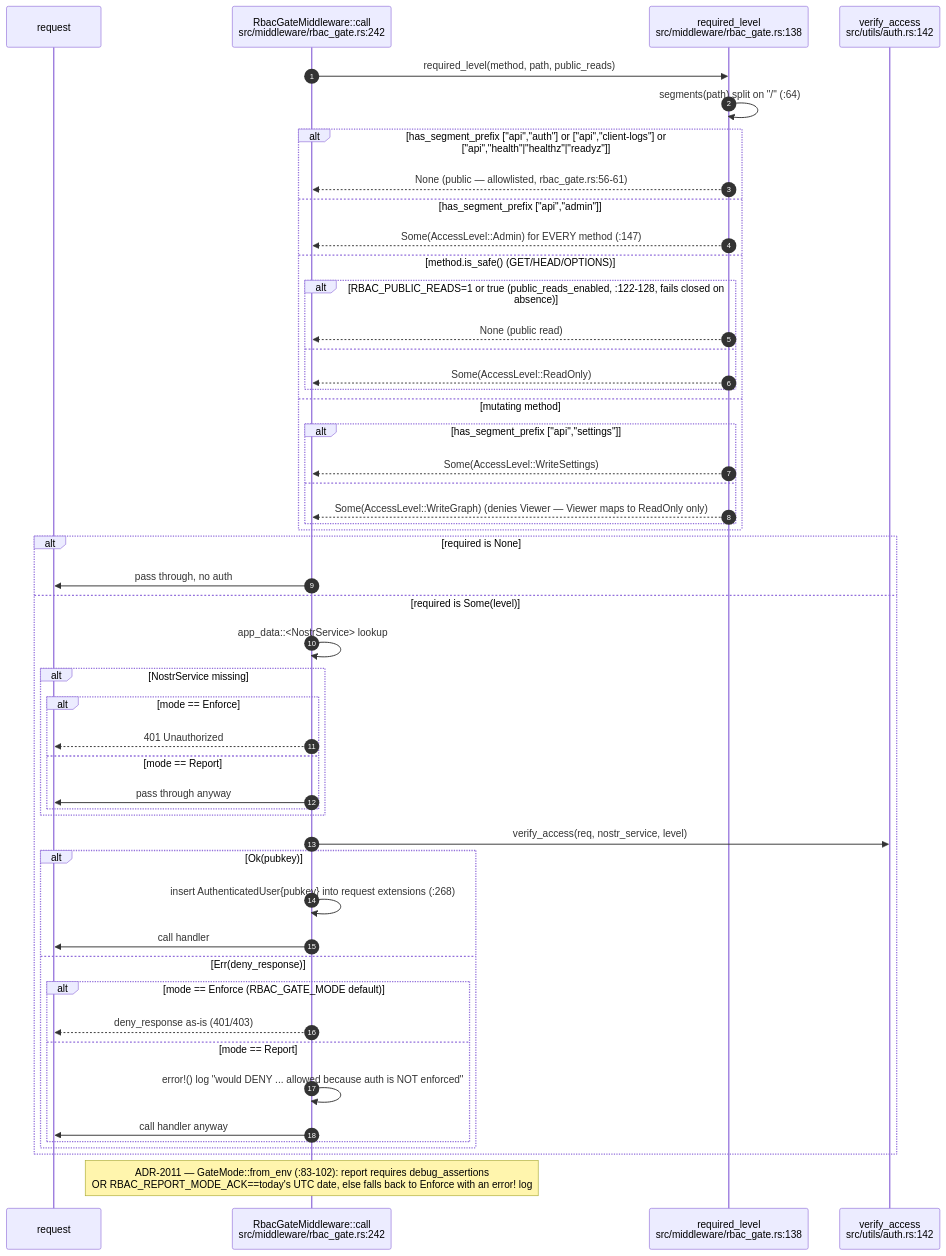
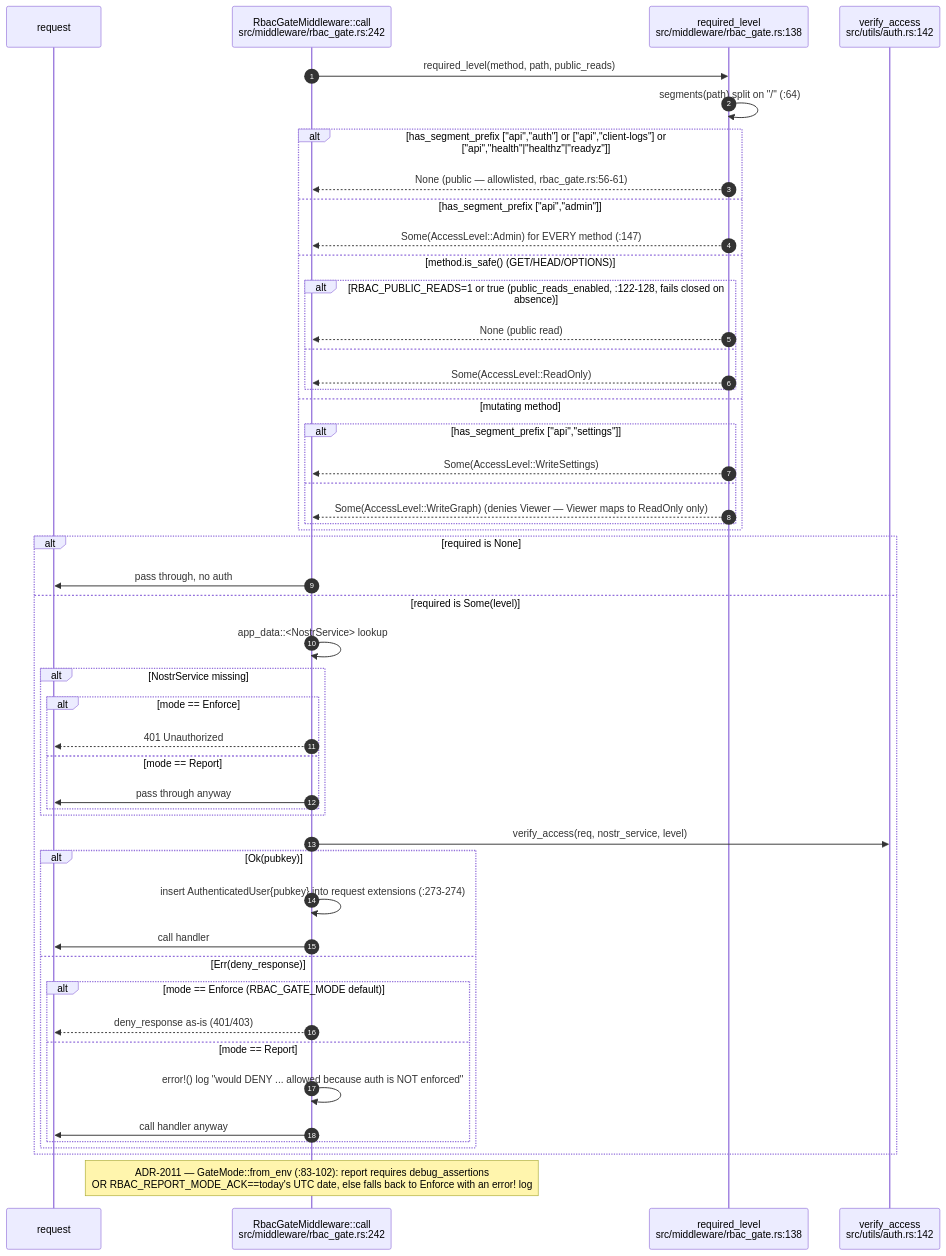
Before and after one commit to DreamLab-AI/VisionFlow: the sixth of 16 diagrams in docs/diagrams/visionclaw/03-request-lifecycle-and-rbac.md, drawn with Mermaid. The commit also changed other lines of this file and 52 other files, not shown here.

First line of the commit message:
docs(diagrams): wave 3 checkpoint — bare line refs resolved, revision-pinned cite-check, VC-05/AB-01..13 re-attested

````diff
--- a/docs/diagrams/visionclaw/03-request-lifecycle-and-rbac.md
+++ b/docs/diagrams/visionclaw/03-request-lifecycle-and-rbac.md
@@ -285,53 +287,53 @@
 ```mermaid
 sequenceDiagram
     autonumber
     participant R as request
     participant RG as RbacGateMiddleware::call<br/>src/middleware/rbac_gate.rs:242
     participant RL as required_level<br/>src/middleware/rbac_gate.rs:138
     participant VA as verify_access<br/>src/utils/auth.rs:142
 
     RG->>RL: required_level(method, path, public_reads)
     RL->>RL: segments(path) split on "/" (:64)
     alt has_segment_prefix ["api","auth"] or ["api","client-logs"] or ["api","health"|"healthz"|"readyz"]
         RL-->>RG: None (public — allowlisted, rbac_gate.rs:56-61)
     else has_segment_prefix ["api","admin"]
         RL-->>RG: Some(AccessLevel::Admin) for EVERY method (:147)
     else method.is_safe() (GET/HEAD/OPTIONS)
         alt RBAC_PUBLIC_READS=1 or true (public_reads_enabled, :122-128, fails closed on absence)
             RL-->>RG: None (public read)
         else
             RL-->>RG: Some(AccessLevel::ReadOnly)
         end
     else mutating method
         alt has_segment_prefix ["api","settings"]
             RL-->>RG: Some(AccessLevel::WriteSettings)
         else
             RL-->>RG: Some(AccessLevel::WriteGraph) (denies Viewer — Viewer maps to ReadOnly only)
         end
     end
     alt required is None
         RG->>R: pass through, no auth
     else required is Some(level)
         RG->>RG: app_data::<NostrService> lookup
         alt NostrService missing
             alt mode == Enforce
                 RG-->>R: 401 Unauthorized
             else mode == Report
                 RG->>R: pass through anyway
             end
         end
         RG->>VA: verify_access(req, nostr_service, level)
         alt Ok(pubkey)
-            RG->>RG: insert AuthenticatedUser{pubkey} into request extensions (:268)
+            RG->>RG: insert AuthenticatedUser{pubkey} into request extensions (:273-274)
             RG->>R: call handler
         else Err(deny_response)
             alt mode == Enforce (RBAC_GATE_MODE default)
                 RG-->>R: deny_response as-is (401/403)
             else mode == Report
                 RG->>RG: error!() log "would DENY ... allowed because auth is NOT enforced"
                 RG->>R: call handler anyway
             end
         end
     end
     Note over RG: ADR-2011 — GateMode::from_env (:83-102): report requires debug_assertions<br/>OR RBAC_REPORT_MODE_ACK==today's UTC date, else falls back to Enforce with an error! log
 ```
````
